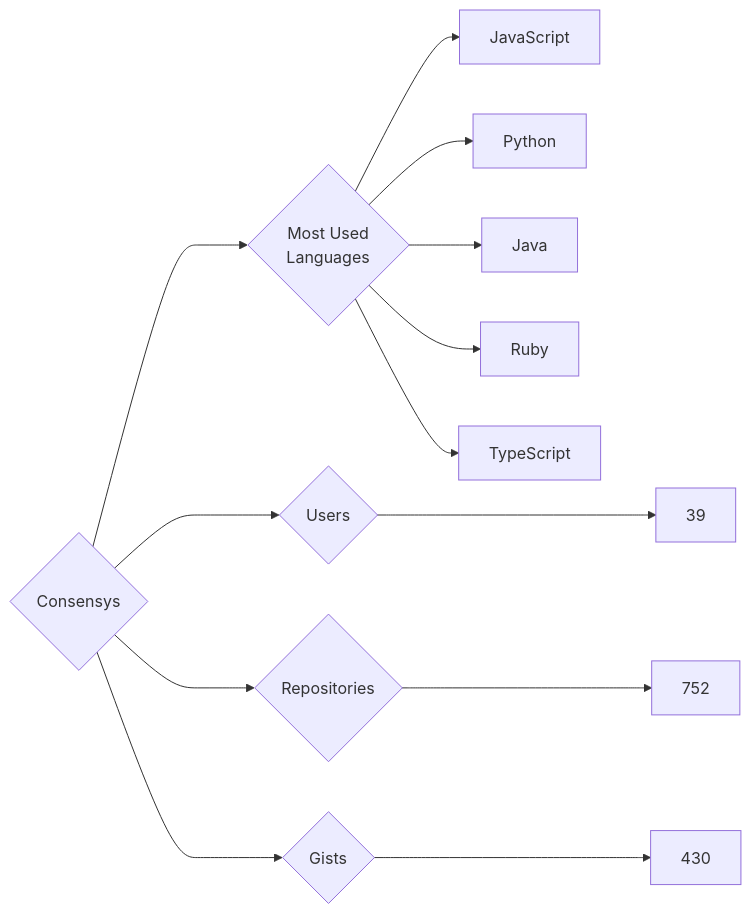
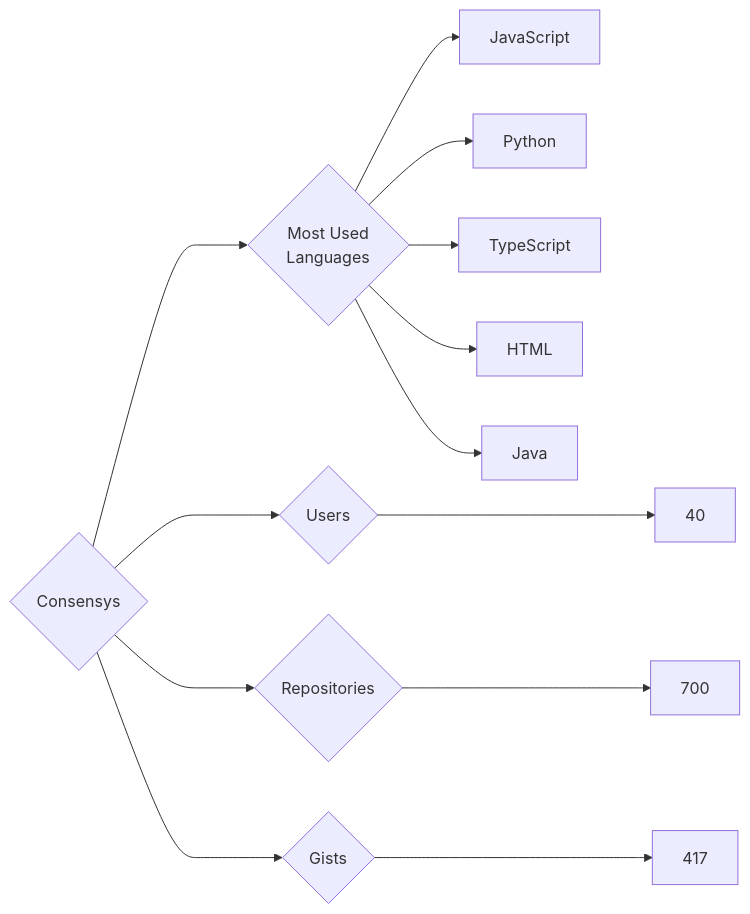
Before and after one commit to trickest/insiders: the diagram in targets/Consensys/README.md, drawn with Mermaid. The commit also changed 912 other files, not shown here.

````diff
--- a/targets/Consensys/README.md
+++ b/targets/Consensys/README.md
@@ -3,13 +3,13 @@
 ```mermaid
 graph LR
 COMPANY_NAME{Consensys}
-COMPANY_NAME ---> U{Users} ---> UN[39]
-COMPANY_NAME ---> R{Repositories} ---> RN[752]
-COMPANY_NAME ---> G{Gists} ---> GN[430]
+COMPANY_NAME ---> U{Users} ---> UN[40]
+COMPANY_NAME ---> R{Repositories} ---> RN[700]
+COMPANY_NAME ---> G{Gists} ---> GN[417]
 COMPANY_NAME ---> ML{Most Used<br>Languages}
 ML --> JavaScript[JavaScript]
 ML --> Python[Python]
+ML --> TypeScript[TypeScript]
+ML --> HTML[HTML]
 ML --> Java[Java]
-ML --> Ruby[Ruby]
-ML --> TypeScript[TypeScript]
 ```
````
